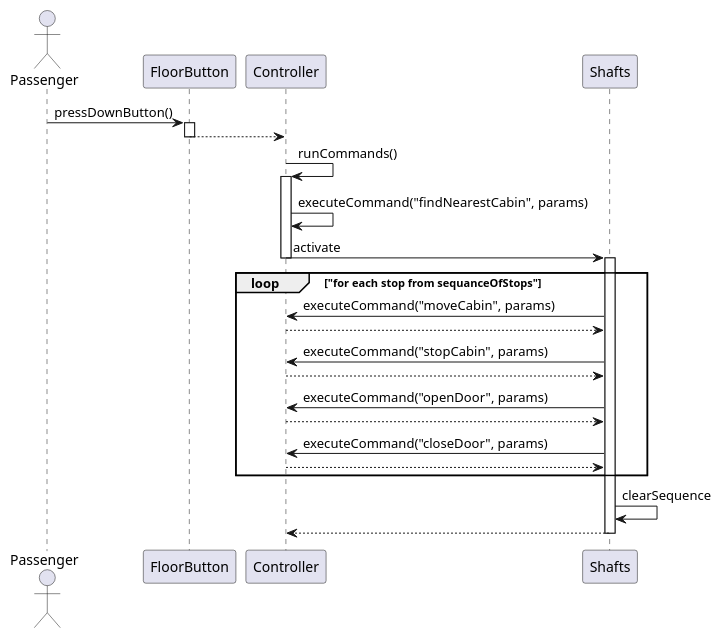
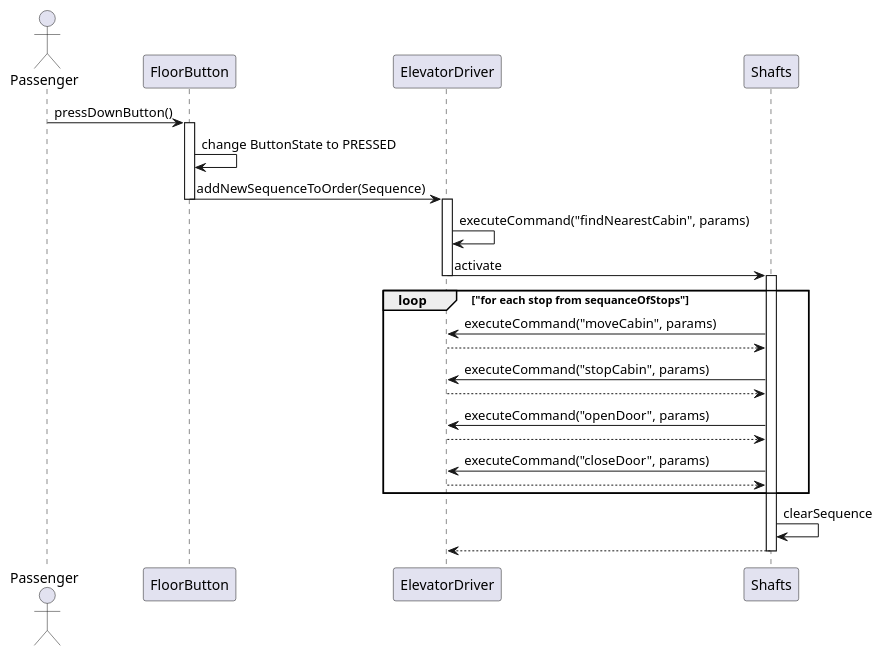
The diagram in src/documentation/cases/callCabin.puml (WhiteSnakeE/ElevatorDriver), drawn with PlantUML before and after one commit. The commit also changed 3 other files, not shown here.

Commit message:
change class diagram, bom diagram

```diff
--- a/src/documentation/cases/callCabin.puml
+++ b/src/documentation/cases/callCabin.puml
@@ -1,36 +1,37 @@
 @startuml
 
 actor Passenger
 
 Passenger ->  FloorButton: pressDownButton()
 activate FloorButton
-FloorButton --> Controller
+FloorButton -> FloorButton: change ButtonState to PRESSED
+
+FloorButton -> ElevatorDriver: addNewSequenceToOrder(Sequence)
 deactivate FloorButton
-Controller -> Controller: runCommands()
 
-activate Controller
+activate ElevatorDriver
 
-Controller -> Controller: executeCommand("findNearestCabin", params)
+ElevatorDriver -> ElevatorDriver: executeCommand("findNearestCabin", params)
 
-Controller -> Shafts: activate
-deactivate Controller
+ElevatorDriver -> Shafts: activate
+deactivate ElevatorDriver
 activate Shafts
 loop "for each stop from sequanceOfStops"
-Shafts -> Controller: executeCommand("moveCabin", params)
-Shafts <-- Controller
-Shafts -> Controller: executeCommand("stopCabin", params)
-Shafts <-- Controller
+Shafts -> ElevatorDriver: executeCommand("moveCabin", params)
+Shafts <-- ElevatorDriver
+Shafts -> ElevatorDriver: executeCommand("stopCabin", params)
+Shafts <-- ElevatorDriver
 
-Shafts -> Controller: executeCommand("openDoor", params)
-Shafts <-- Controller
+Shafts -> ElevatorDriver: executeCommand("openDoor", params)
+Shafts <-- ElevatorDriver
 
-Shafts -> Controller: executeCommand("closeDoor", params)
-Shafts <-- Controller
+Shafts -> ElevatorDriver: executeCommand("closeDoor", params)
+Shafts <-- ElevatorDriver
 
 end
 Shafts -> Shafts:clearSequence
 
-Shafts --> Controller
+Shafts --> ElevatorDriver
 deactivate Shafts
 
 @enduml
```
